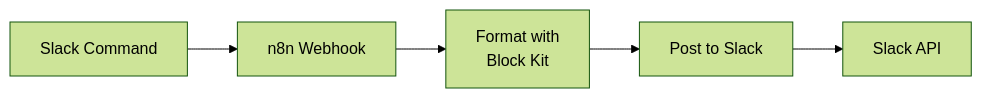
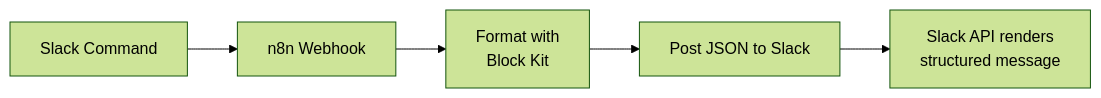
One commit to jdlocklin-backyard/codeandcamera changed the diagram in docs/automation/slack-block-kit-upgrade.md. Above: the diagram before and after it, drawn with Mermaid (forest theme). The commit also changed other lines of this file and 2 other files, not shown here.

````diff
--- a/docs/automation/slack-block-kit-upgrade.md
+++ b/docs/automation/slack-block-kit-upgrade.md
@@ -57,7 +55,7 @@
 ```mermaid
 flowchart LR
     A[Slack Command] --> B[n8n Webhook]
     B --> C[Format with<br/>Block Kit]
-    C --> D[Post to Slack]
-    D --> E[Slack API]
+    C --> D[Post JSON to Slack]
+    D --> E[Slack API renders<br/>structured message]
 ```
````
